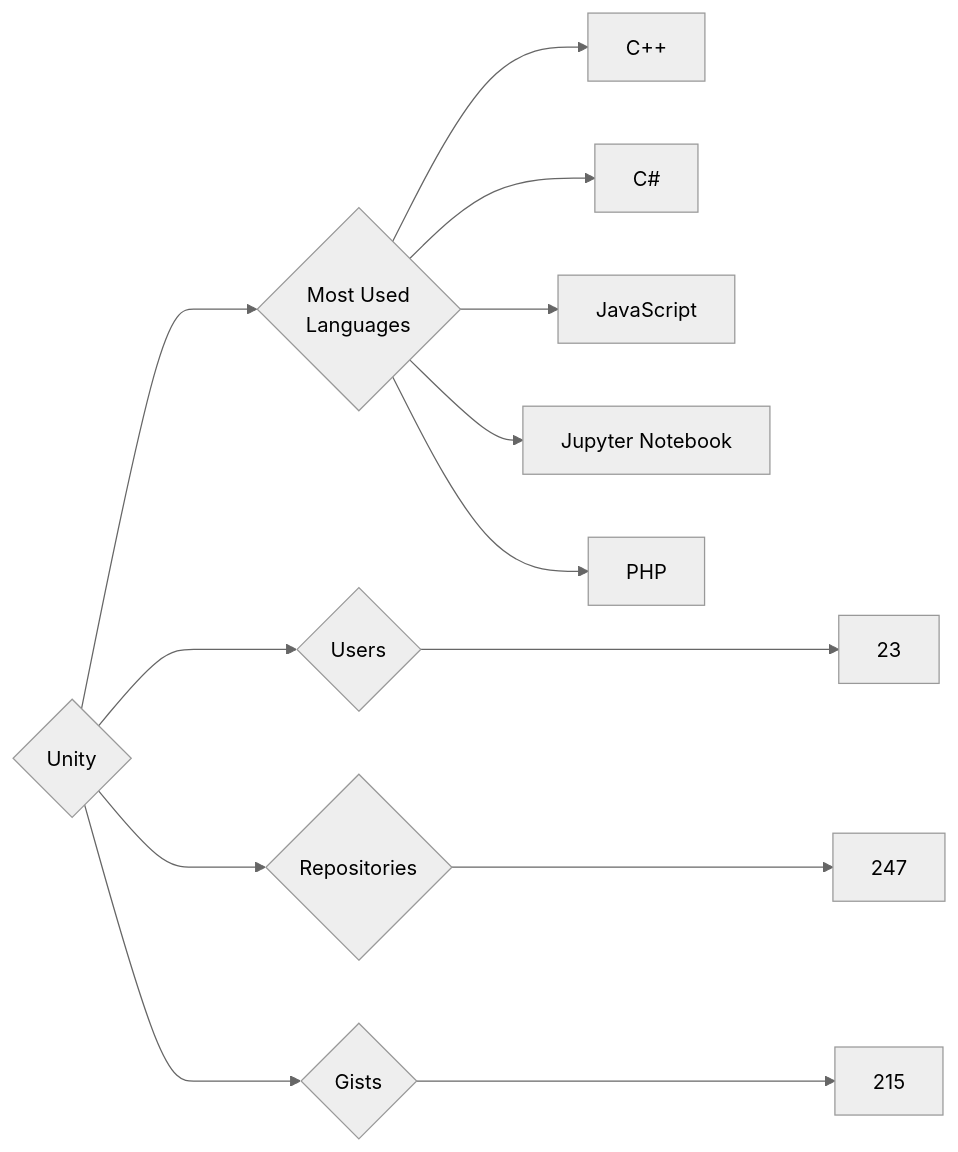
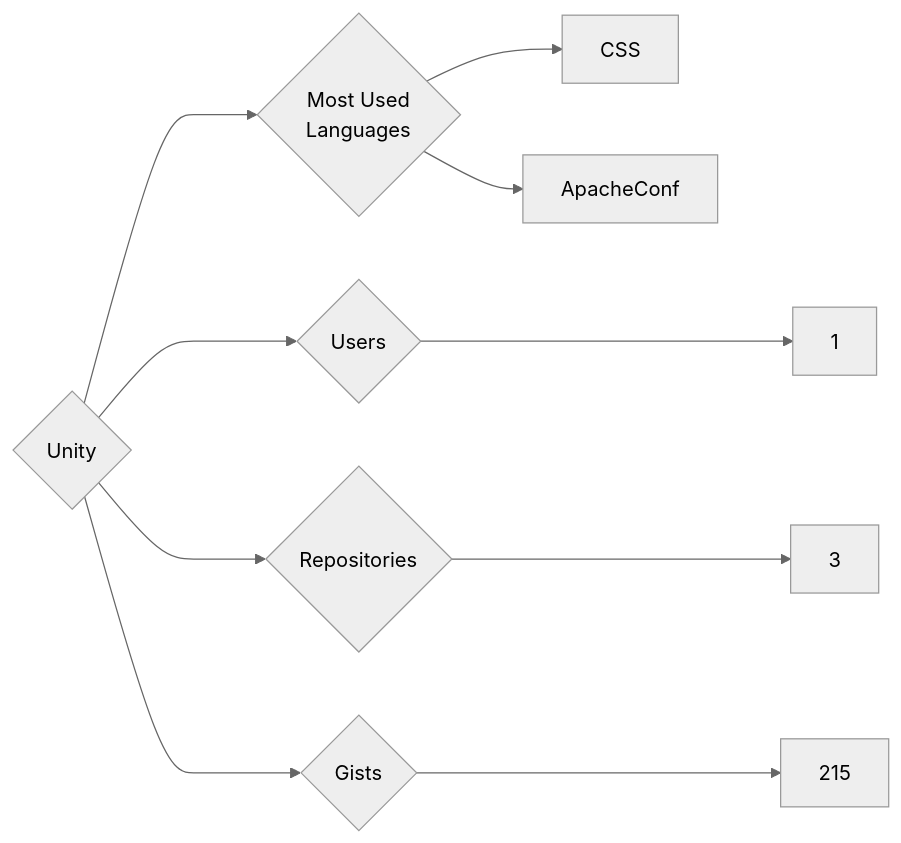
The diagram in targets/Unity/README.md (trickest/insiders), drawn with Mermaid (neutral theme) before and after one commit. The commit also changed 682 other files, not shown here.

````diff
--- a/targets/Unity/README.md
+++ b/targets/Unity/README.md
@@ -3,13 +3,10 @@
 ```mermaid
 graph LR
 COMPANY_NAME{Unity}
-COMPANY_NAME ---> U{Users} ---> UN[23]
-COMPANY_NAME ---> R{Repositories} ---> RN[247]
+COMPANY_NAME ---> U{Users} ---> UN[1]
+COMPANY_NAME ---> R{Repositories} ---> RN[3]
 COMPANY_NAME ---> G{Gists} ---> GN[215]
 COMPANY_NAME ---> ML{Most Used<br>Languages}
-ML --> C++[C++]
-ML --> C#[C#]
-ML --> JavaScript[JavaScript]
-ML --> Jupyter_Notebook[Jupyter Notebook]
-ML --> PHP[PHP]
+ML --> CSS[CSS]
+ML --> ApacheConf[ApacheConf]
 ```
````
